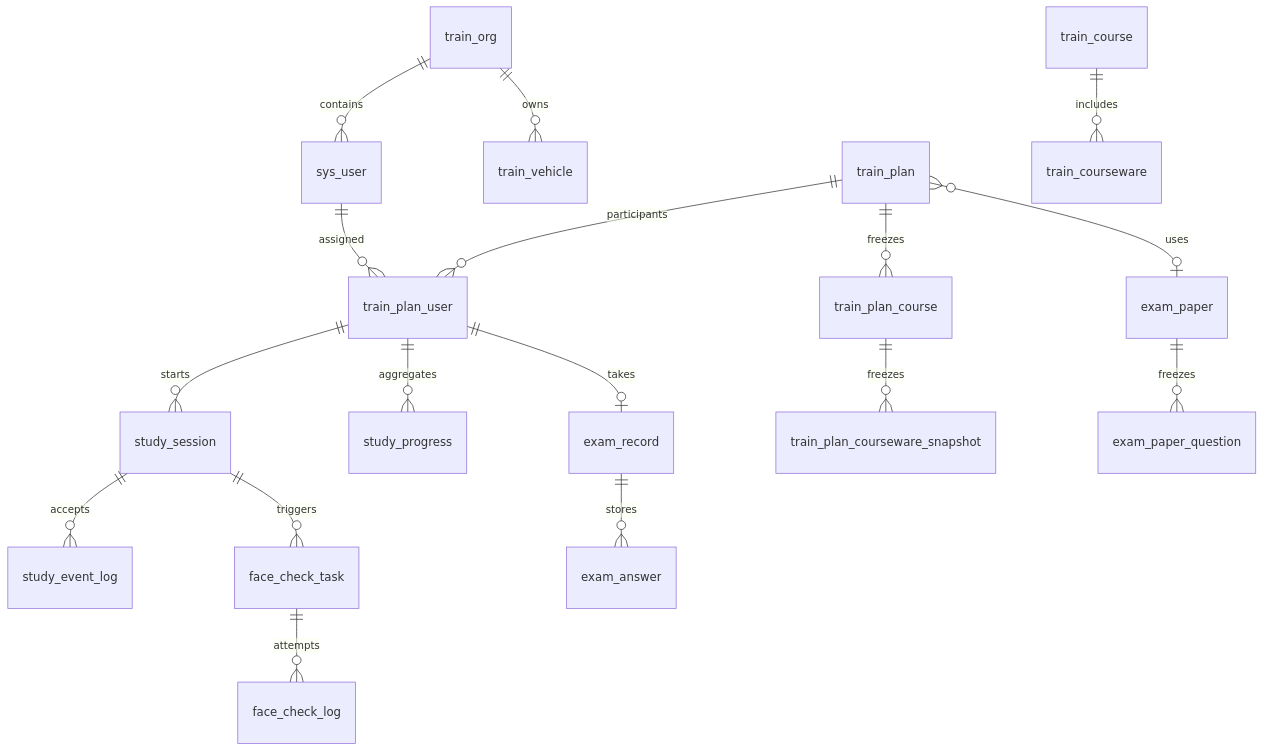
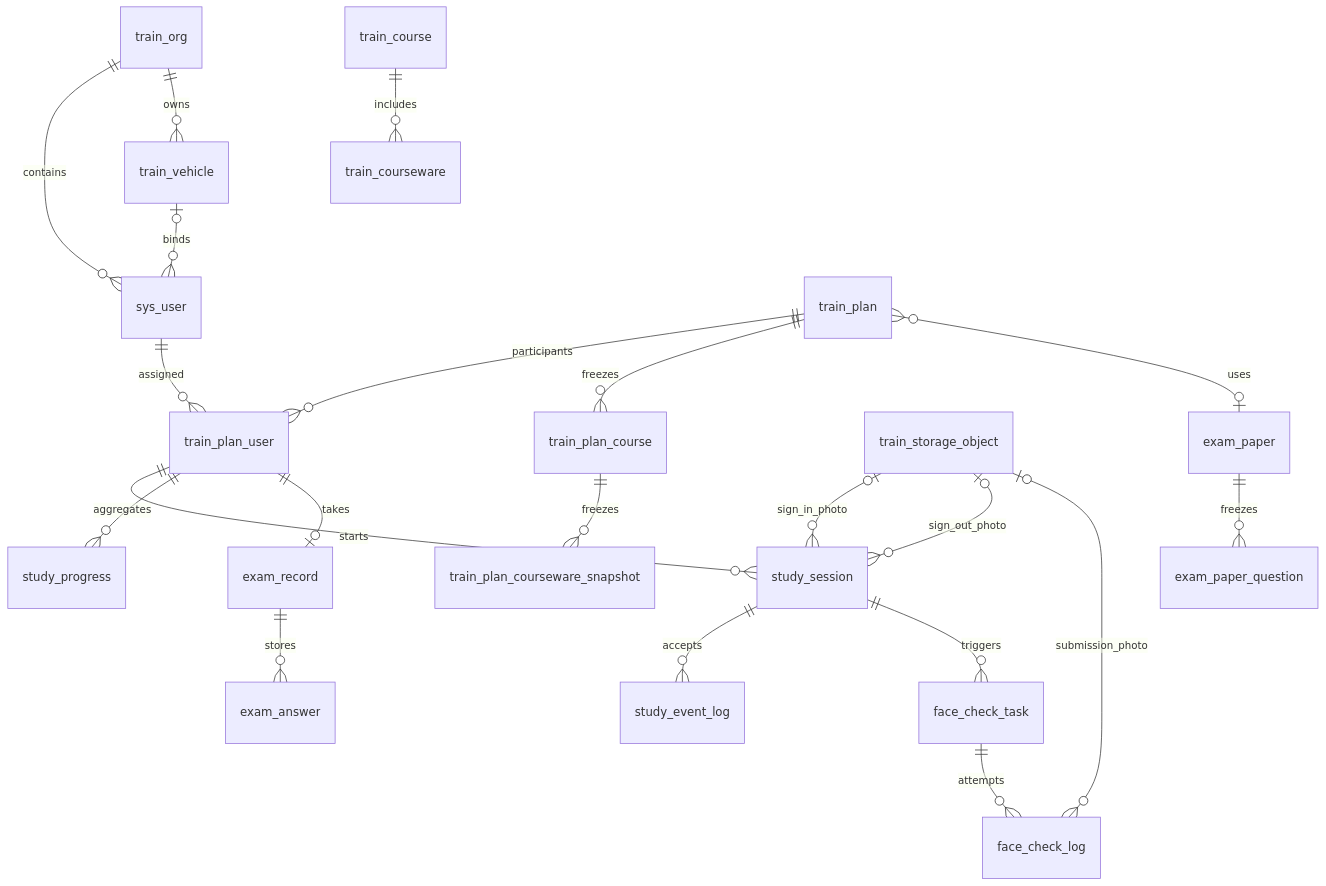
The second of 4 diagrams in docs/thesis/design-and-defense.md (Lijian500/road-transport-training-platform), drawn with Mermaid before and after one commit. The commit also changed other lines of this file and 125 other files, not shown here.

````diff
--- a/docs/thesis/design-and-defense.md
+++ b/docs/thesis/design-and-defense.md
@@ -51,19 +55,23 @@
 ```mermaid
 erDiagram
     train_org ||--o{ sys_user : contains
     train_org ||--o{ train_vehicle : owns
+    train_vehicle |o--o{ sys_user : binds
     sys_user ||--o{ train_plan_user : assigned
     train_plan ||--o{ train_plan_user : participants
     train_plan ||--o{ train_plan_course : freezes
     train_course ||--o{ train_courseware : includes
     train_plan_course ||--o{ train_plan_courseware_snapshot : freezes
     train_plan_user ||--o{ study_session : starts
     train_plan_user ||--o{ study_progress : aggregates
     study_session ||--o{ study_event_log : accepts
     study_session ||--o{ face_check_task : triggers
     face_check_task ||--o{ face_check_log : attempts
+    train_storage_object |o--o{ study_session : sign_in_photo
+    train_storage_object |o--o{ study_session : sign_out_photo
+    train_storage_object |o--o{ face_check_log : submission_photo
     train_plan_user ||--o| exam_record : takes
     exam_record ||--o{ exam_answer : stores
     exam_paper ||--o{ exam_paper_question : freezes
     train_plan }o--o| exam_paper : uses
 ```
````
